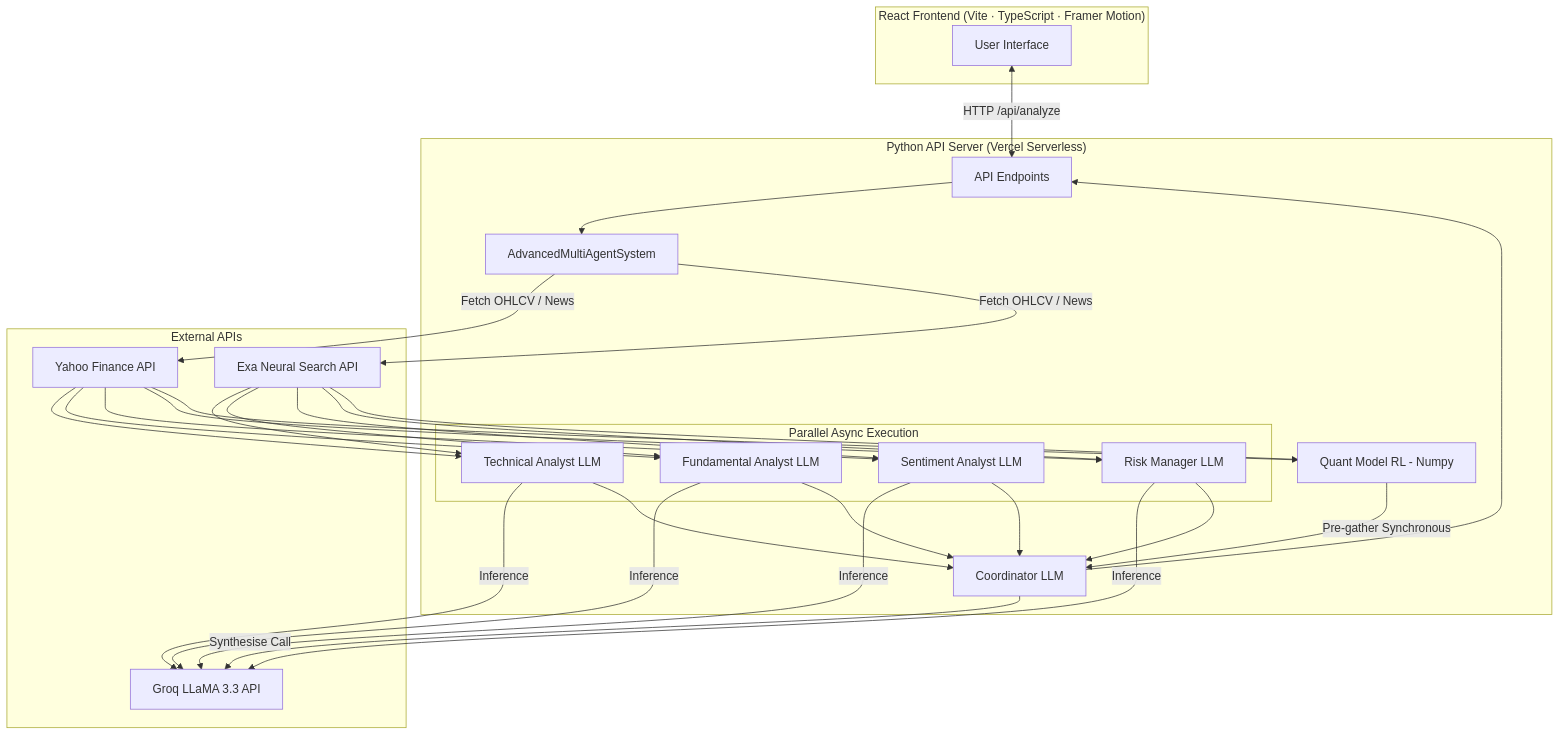
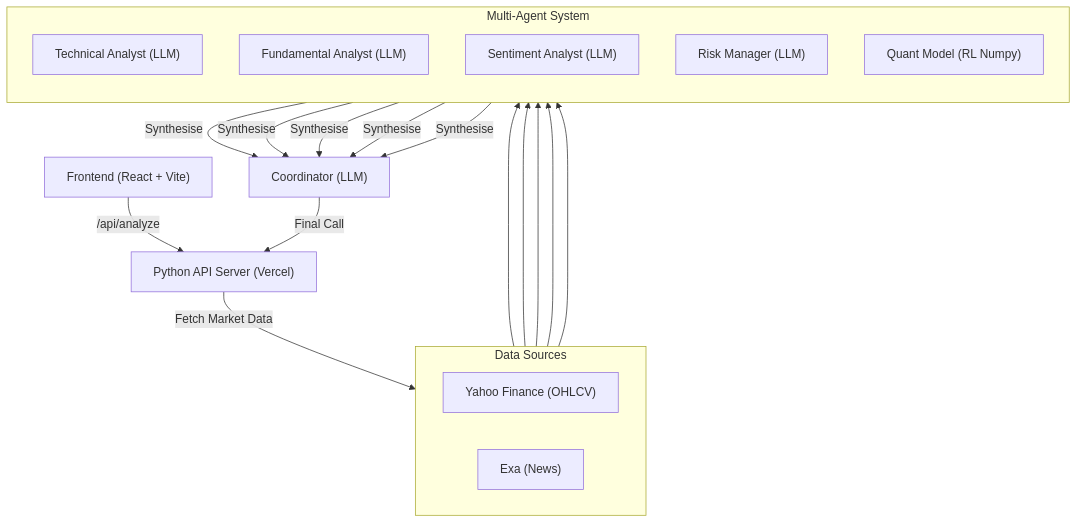
The diagram in README.md (bhavuk1409/multi-agent-trading-analyst), drawn with Mermaid before and after one commit.

Commit message:
docs: clean up mermaid architecture diagram to remove line crossing

````diff
--- a/README.md
+++ b/README.md
@@ -57,39 +57,27 @@
 ```mermaid
-flowchart TD
-    subgraph Frontend ["React Frontend (Vite · TypeScript · Framer Motion)"]
-        UI[User Interface]
+flowchart TB
+    UI["Frontend (React + Vite)"] -->|"/api/analyze"| API["Python API Server (Vercel)"]
+    
+    subgraph Data ["Data Sources"]
+        direction LR
+        YF["Yahoo Finance (OHLCV)"]
+        EXA["Exa (News)"]
     end
-
-    subgraph Backend ["Python API Server (Vercel Serverless)"]
-        API[API Endpoints]
-        MAS[AdvancedMultiAgentSystem]
-        
-        subgraph Agents ["Parallel Async Execution"]
-            TA["Technical Analyst LLM"]
-            FA["Fundamental Analyst LLM"]
-            SA["Sentiment Analyst LLM"]
-            RM["Risk Manager LLM"]
-        end
-        
-        RL["Quant Model RL - Numpy"]
-        COORD["Coordinator LLM"]
+    
+    API -->|"Fetch Market Data"| Data
+    
+    subgraph Agents ["Multi-Agent System"]
+        direction TB
+        TA["Technical Analyst (LLM)"]
+        FA["Fundamental Analyst (LLM)"]
+        SA["Sentiment Analyst (LLM)"]
+        RM["Risk Manager (LLM)"]
+        RL["Quant Model (RL Numpy)"]
     end
-
-    subgraph Data ["External APIs"]
-        YF["Yahoo Finance API"]
-        EXA["Exa Neural Search API"]
-        GROQ["Groq LLaMA 3.3 API"]
-    end
-
-    UI <--> |HTTP /api/analyze| API
-    API --> MAS
-    MAS --> |Fetch OHLCV / News| YF & EXA
     
-    YF & EXA --> TA & FA & SA & RM & RL
-    TA & FA & SA & RM --> |Inference| GROQ
-    RL --> |Pre-gather Synchronous| COORD
+    Data --> TA & FA & SA & RM & RL
     
-    TA & FA & SA & RM --> COORD
-    COORD --> |Synthesise Call| GROQ
-    COORD --> API
+    TA & FA & SA & RM & RL -->|"Synthesise"| COORD["Coordinator (LLM)"]
+    
+    COORD -->|"Final Call"| API
 ```
````
